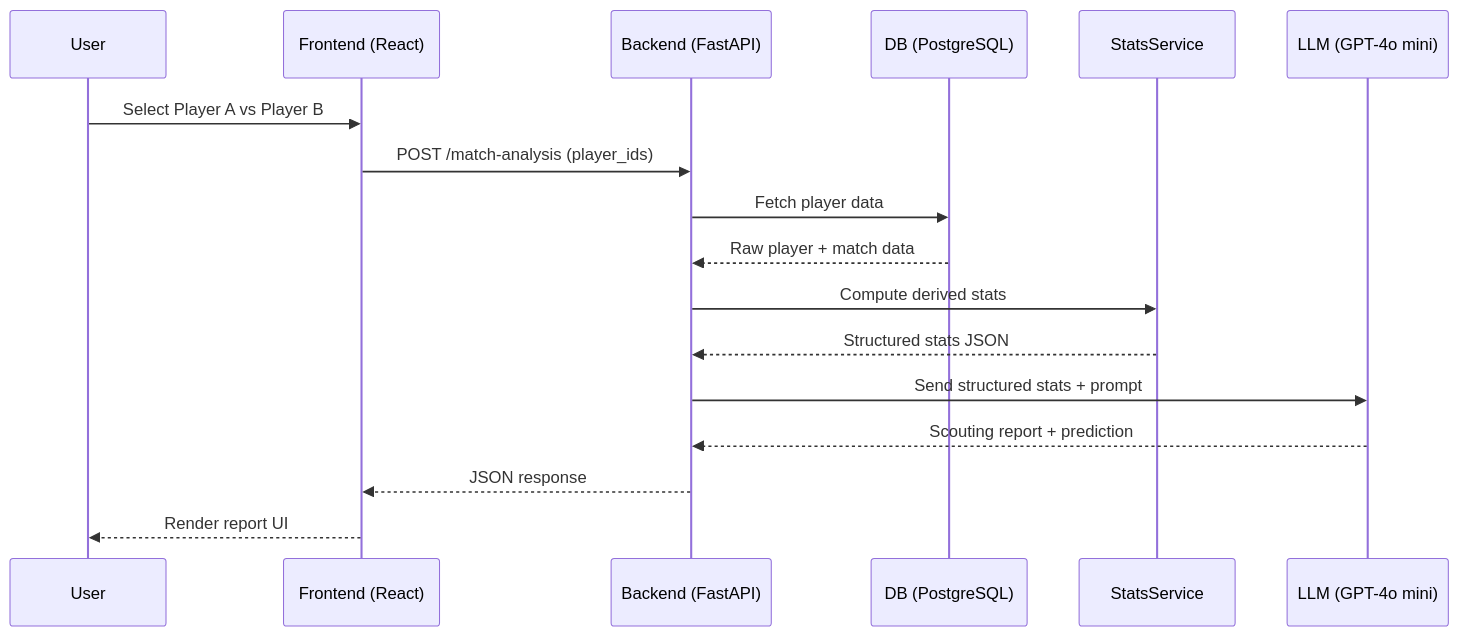
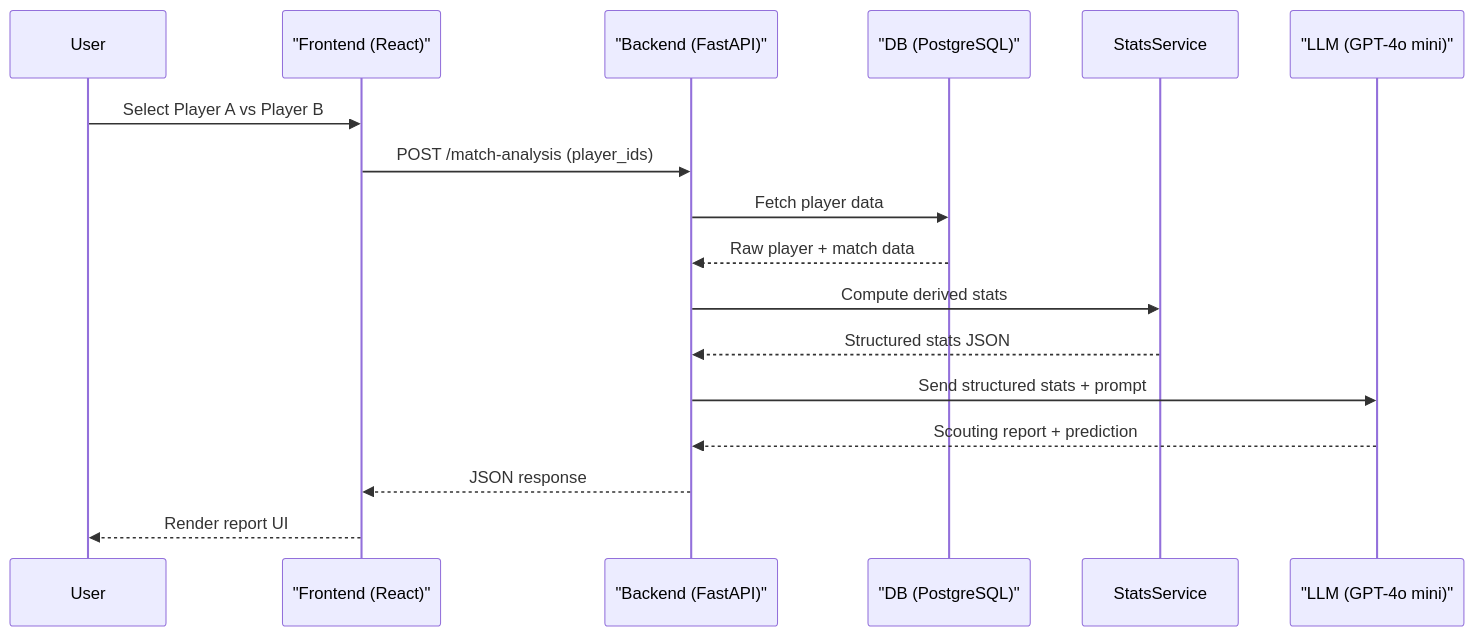
One commit to linbeau0822/tennis-scout-agent changed the diagram in sequence/sequence_diagram.md. Above: the diagram before and after it, drawn with Mermaid.

Commit message:
Update sequence diagram to use shorter aliases for readability

````diff
--- a/sequence/sequence_diagram.md
+++ b/sequence/sequence_diagram.md
@@ -1,24 +1,24 @@
 ```mermaid
 sequenceDiagram
     participant User
-    participant Frontend (React)
-    participant Backend (FastAPI)
-    participant DB (PostgreSQL)
+    participant FE as "Frontend (React)"
+    participant BE as "Backend (FastAPI)"
+    participant DBPG as "DB (PostgreSQL)"
     participant StatsService
-    participant LLM (GPT-4o mini)
+    participant LLM as "LLM (GPT-4o mini)"
 
-    User->>Frontend (React): Select Player A vs Player B
-    Frontend (React)->>Backend (FastAPI): POST /match-analysis (player_ids)
+    User->>FE: Select Player A vs Player B
+    FE->>BE: POST /match-analysis (player_ids)
 
-    Backend (FastAPI)->>DB (PostgreSQL): Fetch player data
-    DB (PostgreSQL)-->>Backend (FastAPI): Raw player + match data
+    BE->>DBPG: Fetch player data
+    DBPG-->>BE: Raw player + match data
 
-    Backend (FastAPI)->>StatsService: Compute derived stats
-    StatsService-->>Backend (FastAPI): Structured stats JSON
+    BE->>StatsService: Compute derived stats
+    StatsService-->>BE: Structured stats JSON
 
-    Backend (FastAPI)->>LLM (GPT-4o mini): Send structured stats + prompt
-    LLM (GPT-4o mini)-->>Backend (FastAPI): Scouting report + prediction
+    BE->>LLM: Send structured stats + prompt
+    LLM-->>BE: Scouting report + prediction
 
-    Backend (FastAPI)-->>Frontend (React): JSON response
-    Frontend (React)-->>User: Render report UI
+    BE-->>FE: JSON response
+    FE-->>User: Render report UI
 ```
````
